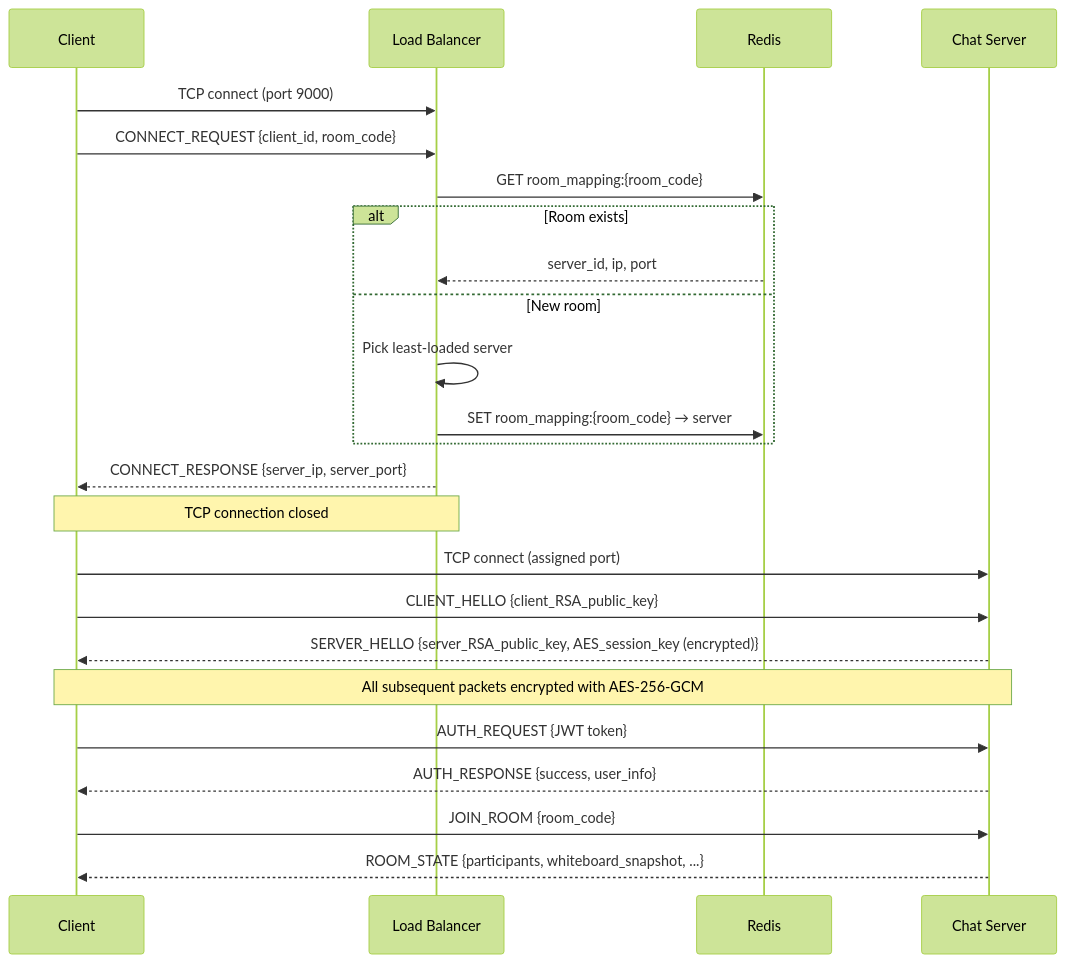
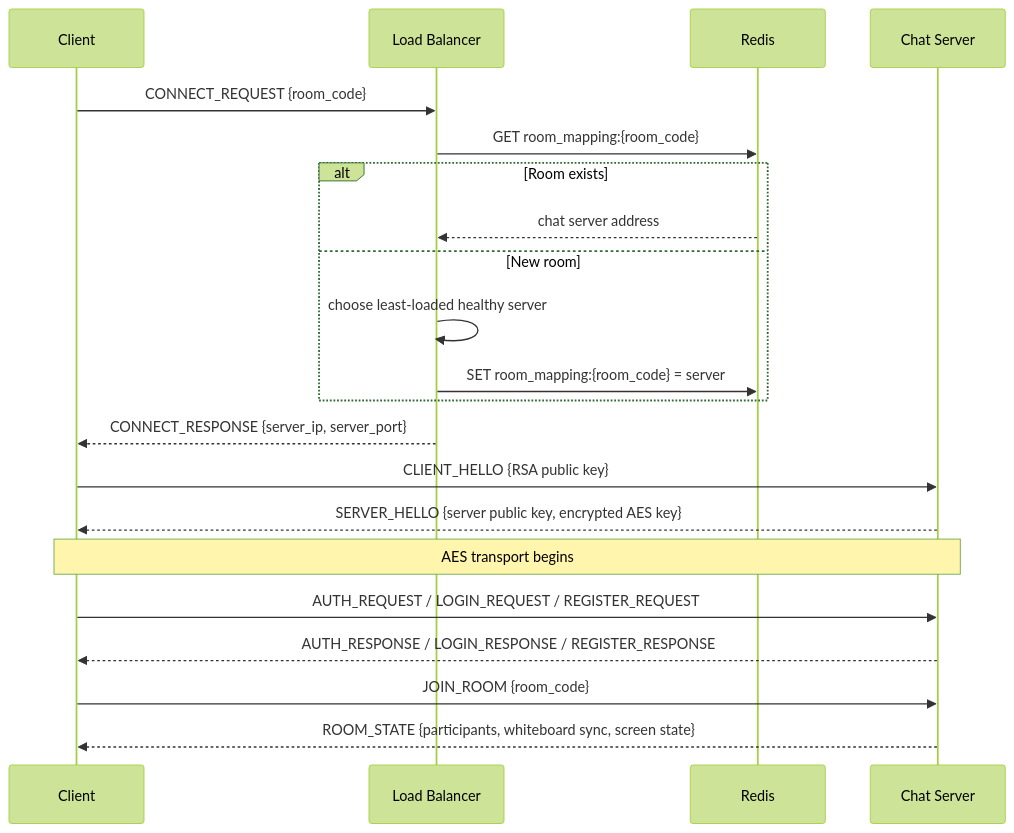
The diagram in ARCHITECTURE.md (nhnamp/quickonnect), drawn with Mermaid (forest theme) before and after one commit. The commit also changed other lines of this file and 34 other files, not shown here.

````diff
--- a/ARCHITECTURE.md
+++ b/ARCHITECTURE.md
@@ -264,29 +271,26 @@
 ```mermaid
 sequenceDiagram
     participant C as Client
     participant LB as Load Balancer
     participant R as Redis
     participant S as Chat Server
 
-    C->>LB: TCP connect (port 9000)
-    C->>LB: CONNECT_REQUEST {client_id, room_code}
+    C->>LB: CONNECT_REQUEST {room_code}
     LB->>R: GET room_mapping:{room_code}
     alt Room exists
-        R-->>LB: server_id, ip, port
+        R-->>LB: chat server address
     else New room
-        LB->>LB: Pick least-loaded server
-        LB->>R: SET room_mapping:{room_code} → server
+        LB->>LB: choose least-loaded healthy server
+        LB->>R: SET room_mapping:{room_code} = server
     end
     LB-->>C: CONNECT_RESPONSE {server_ip, server_port}
-    Note over C,LB: TCP connection closed
 
-    C->>S: TCP connect (assigned port)
-    C->>S: CLIENT_HELLO {client_RSA_public_key}
-    S-->>C: SERVER_HELLO {server_RSA_public_key, AES_session_key (encrypted)}
-    Note over C,S: All subsequent packets encrypted with AES-256-GCM
+    C->>S: CLIENT_HELLO {RSA public key}
+    S-->>C: SERVER_HELLO {server public key, encrypted AES key}
+    Note over C,S: AES transport begins
 
-    C->>S: AUTH_REQUEST {JWT token}
-    S-->>C: AUTH_RESPONSE {success, user_info}
+    C->>S: AUTH_REQUEST / LOGIN_REQUEST / REGISTER_REQUEST
+    S-->>C: AUTH_RESPONSE / LOGIN_RESPONSE / REGISTER_RESPONSE
     C->>S: JOIN_ROOM {room_code}
-    S-->>C: ROOM_STATE {participants, whiteboard_snapshot, ...}
+    S-->>C: ROOM_STATE {participants, whiteboard sync, screen state}
 ```
````
